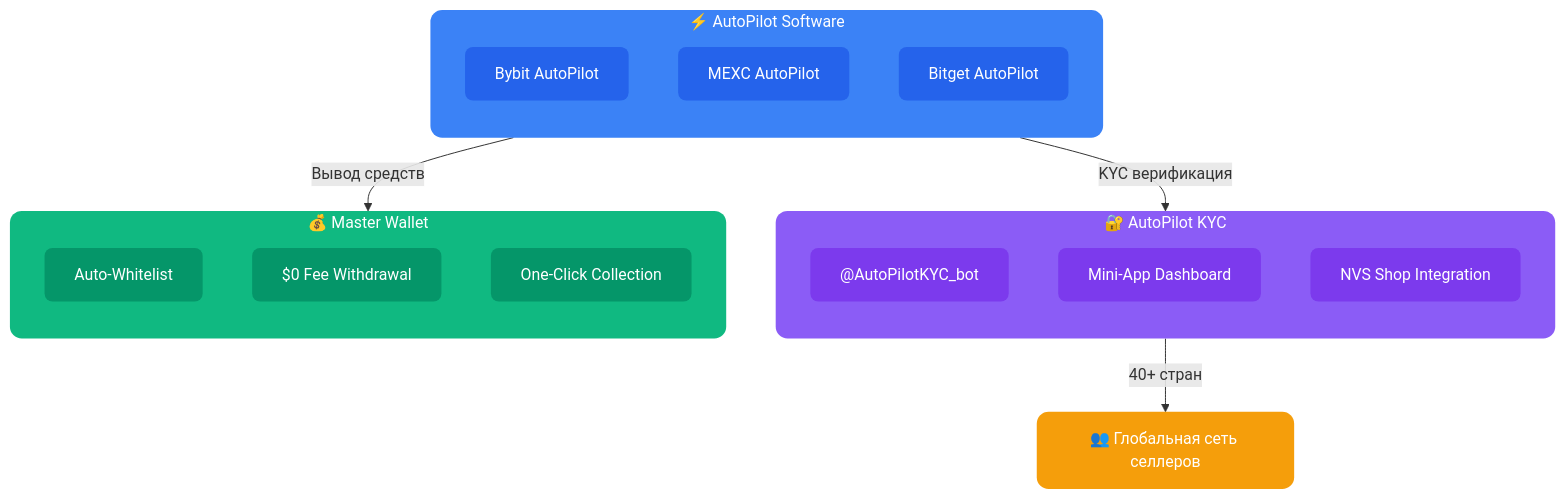
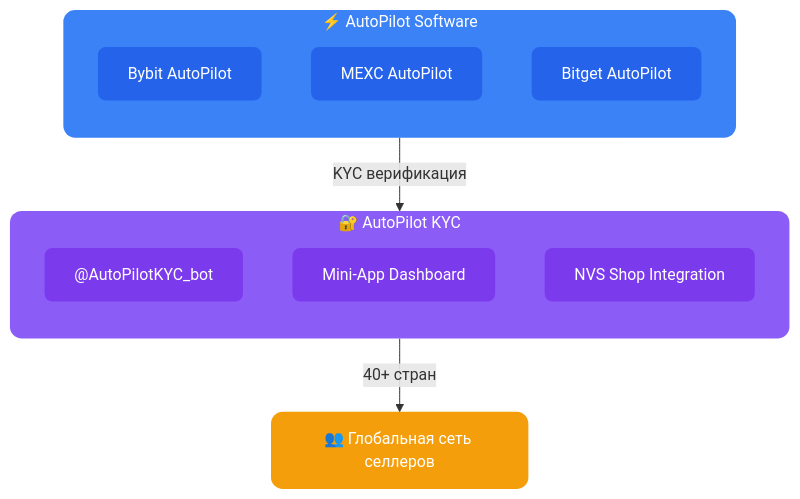
One commit to AutoPilotSoftware/docs changed the diagram in src/content/docs/index.mdx. Above: the diagram before and after it, drawn with Mermaid. The commit also changed other lines of this file and 2 other files, not shown here.

Commit message:
Remove Master Wallet from index page and diagram

````diff
--- a/src/content/docs/index.mdx
+++ b/src/content/docs/index.mdx
@@ -8,41 +8,30 @@
 ```mermaid
 flowchart TD
     subgraph CORE ["⚡ AutoPilot Software"]
         direction TB
         BP["Bybit AutoPilot"]
         MP["MEXC AutoPilot"]
         BG["Bitget AutoPilot"]
     end
 
     subgraph KYC ["🔐 AutoPilot KYC"]
         direction TB
         BOT["@AutoPilotKYC_bot"]
         APP["Mini-App Dashboard"]
         NVS["NVS Shop Integration"]
     end
 
-    subgraph WALLET ["💰 Master Wallet"]
-        direction TB
-        WL["Auto-Whitelist"]
-        WD["$0 Fee Withdrawal"]
-        DIST["One-Click Collection"]
-    end
-
     CORE -->|"KYC верификация"| KYC
-    CORE -->|"Вывод средств"| WALLET
     KYC -->|"40+ стран"| SELLERS["👥 Глобальная сеть селлеров"]
 
     style CORE fill:#3b82f6,color:#fff,stroke:none,rx:12
     style KYC fill:#8b5cf6,color:#fff,stroke:none,rx:12
-    style WALLET fill:#10b981,color:#fff,stroke:none,rx:12
     style SELLERS fill:#f59e0b,color:#fff,stroke:none,rx:12
     style BP fill:#2563eb,color:#fff,stroke:none,rx:8
     style MP fill:#2563eb,color:#fff,stroke:none,rx:8
     style BG fill:#2563eb,color:#fff,stroke:none,rx:8
     style BOT fill:#7c3aed,color:#fff,stroke:none,rx:8
     style APP fill:#7c3aed,color:#fff,stroke:none,rx:8
     style NVS fill:#7c3aed,color:#fff,stroke:none,rx:8
-    style WL fill:#059669,color:#fff,stroke:none,rx:8
-    style WD fill:#059669,color:#fff,stroke:none,rx:8
-    style DIST fill:#059669,color:#fff,stroke:none,rx:8
+
 ```
````
